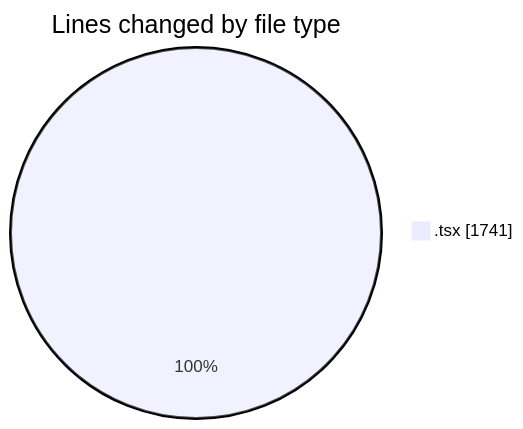
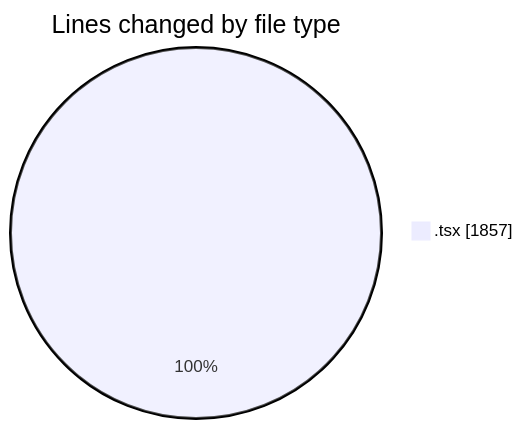
One commit to JenPaints/code-tracking changed the first of 2 diagrams in 2025-06-20/modeljsondesigner/README.md. Above: the diagram before and after it, drawn with Mermaid. The commit also changed other lines of this file and 1 other file, not shown here.

````diff
--- a/2025-06-20/modeljsondesigner/README.md
+++ b/2025-06-20/modeljsondesigner/README.md
@@ -21,5 +22,5 @@
 ```mermaid
 pie showData
 title Lines changed by file type
-".tsx" : 1741
+".tsx" : 1857
 ```
````
